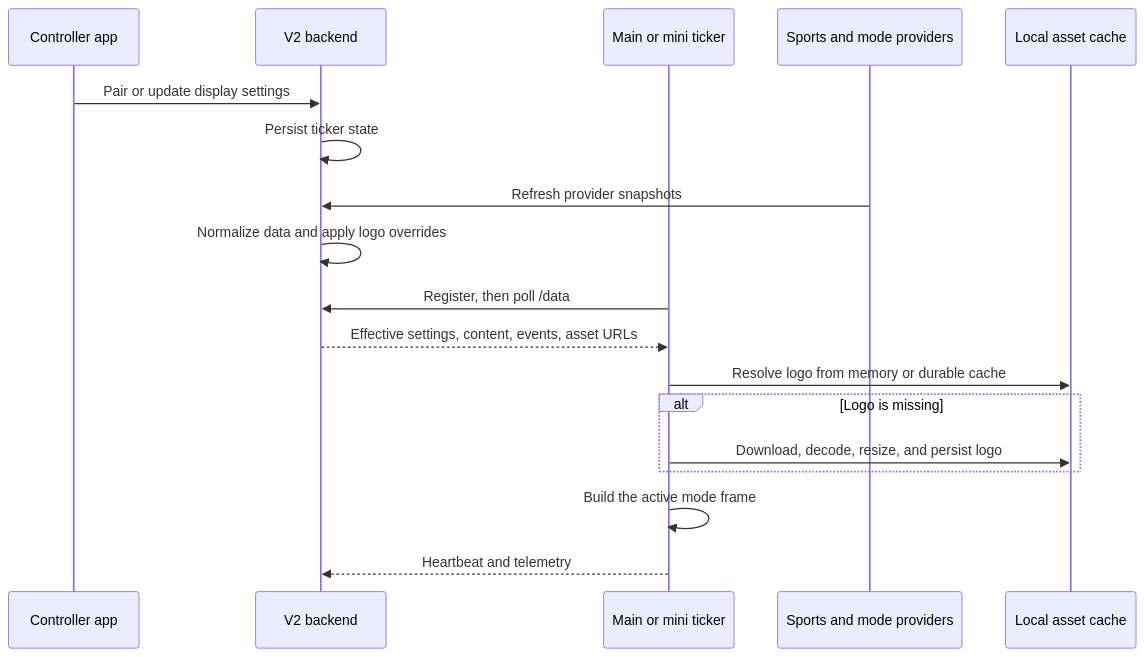
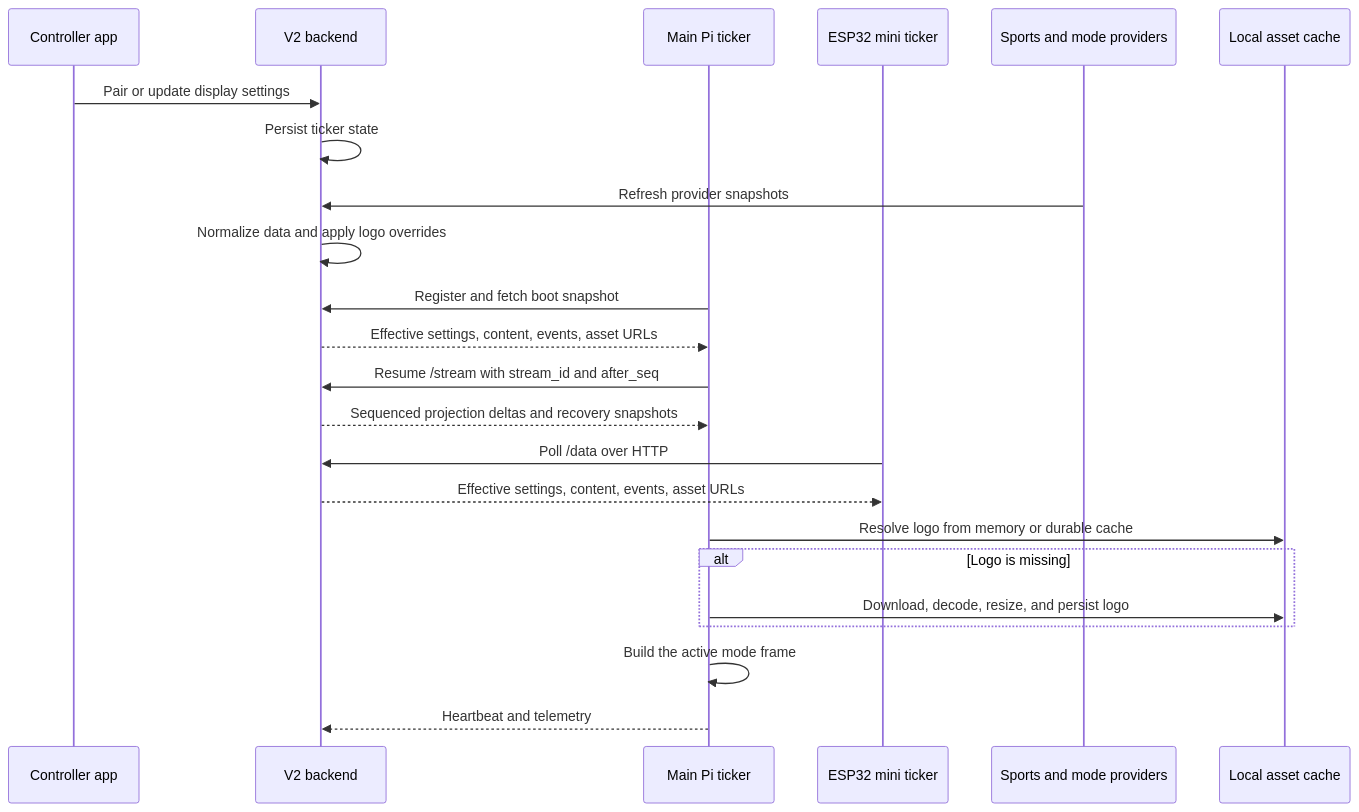
The second of 2 diagrams in docs/system-flowchart.md (MattLD13/SportsTickerBackend), drawn with Mermaid before and after one commit. The commit also changed 31 other files, not shown here.

````diff
--- a/docs/system-flowchart.md
+++ b/docs/system-flowchart.md
@@ -83,21 +83,26 @@
 ```mermaid
 sequenceDiagram
     participant App as Controller app
     participant Backend as V2 backend
-    participant Ticker as Main or mini ticker
+    participant Ticker as Main Pi ticker
+    participant Mini as ESP32 mini ticker
     participant Source as Sports and mode providers
     participant Cache as Local asset cache
 
     App->>Backend: Pair or update display settings
     Backend->>Backend: Persist ticker state
     Source->>Backend: Refresh provider snapshots
     Backend->>Backend: Normalize data and apply logo overrides
-    Ticker->>Backend: Register, then poll /data
+    Ticker->>Backend: Register and fetch boot snapshot
     Backend-->>Ticker: Effective settings, content, events, asset URLs
+    Ticker->>Backend: Resume /stream with stream_id and after_seq
+    Backend-->>Ticker: Sequenced projection deltas and recovery snapshots
+    Mini->>Backend: Poll /data over HTTP
+    Backend-->>Mini: Effective settings, content, events, asset URLs
     Ticker->>Cache: Resolve logo from memory or durable cache
     alt Logo is missing
         Ticker->>Cache: Download, decode, resize, and persist logo
     end
     Ticker->>Ticker: Build the active mode frame
     Ticker-->>Backend: Heartbeat and telemetry
 ```
````
